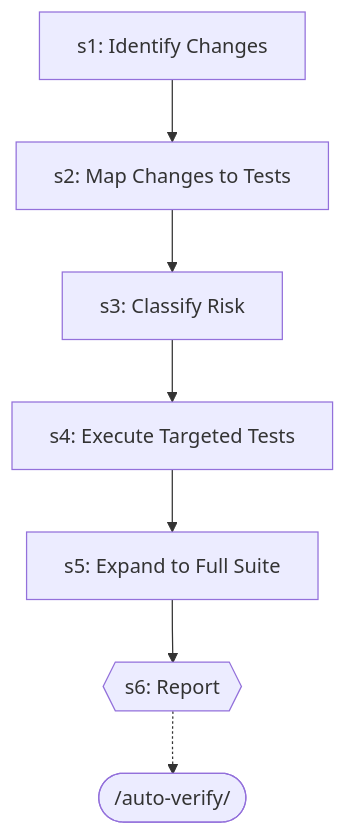
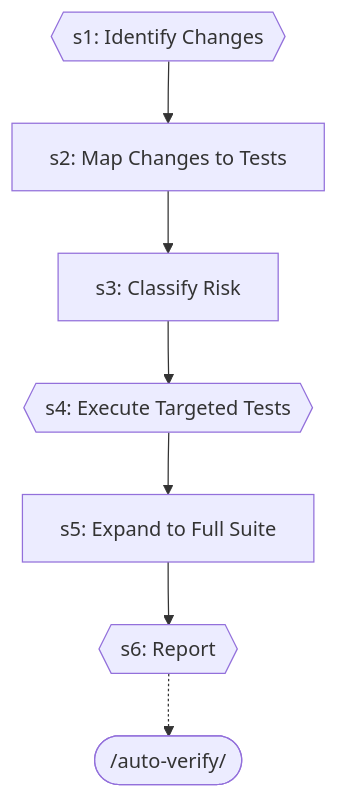
One commit to abhayla/claude-best-practices changed diagram 34 of 49 in docs/workflows/testing-pipeline.md. Above: the diagram before and after it, drawn with Mermaid. The commit also changed other lines of this file and 12 other files, not shown here.

````diff
--- a/docs/workflows/testing-pipeline.md
+++ b/docs/workflows/testing-pipeline.md
@@ -1396,16 +1459,16 @@
 ```mermaid
 graph TD
-    s1["s1: Identify Changes"]
+    s1{{s1: Identify Changes}}
     s2["s2: Map Changes to Tests"]
     s1 --> s2
     s3["s3: Classify Risk"]
     s2 --> s3
-    s4["s4: Execute Targeted Tests"]
+    s4{{s4: Execute Targeted Tests}}
     s3 --> s4
     s5["s5: Expand to Full Suite"]
     s4 --> s5
     s6{{s6: Report}}
     s5 --> s6
     auto_verify_ext([/auto-verify/])
     s6 -.-> auto_verify_ext
 ```
````
